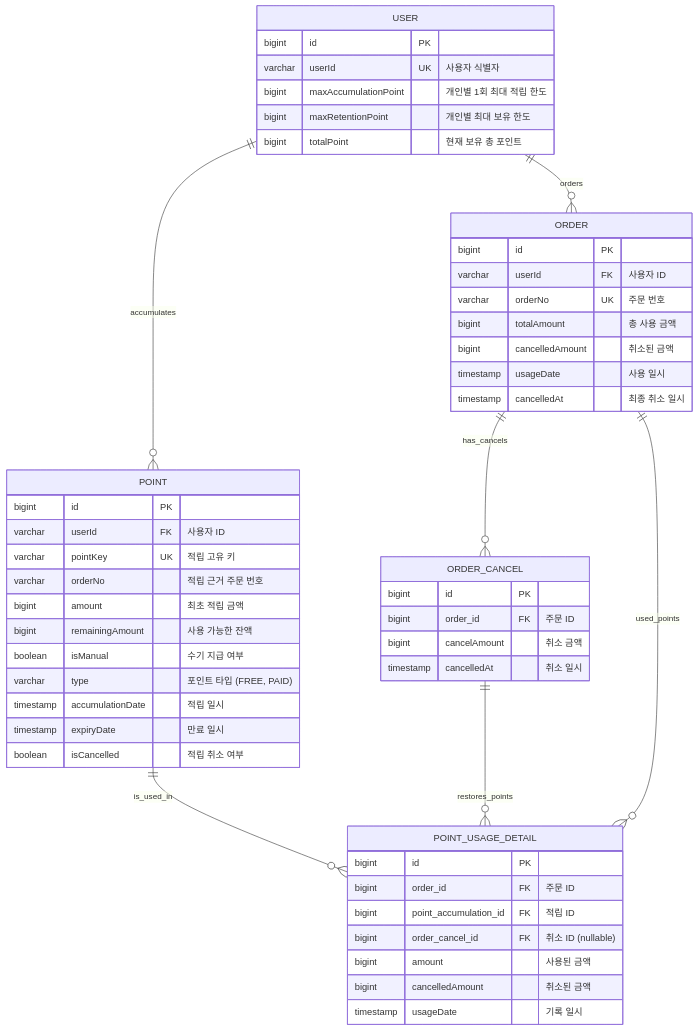
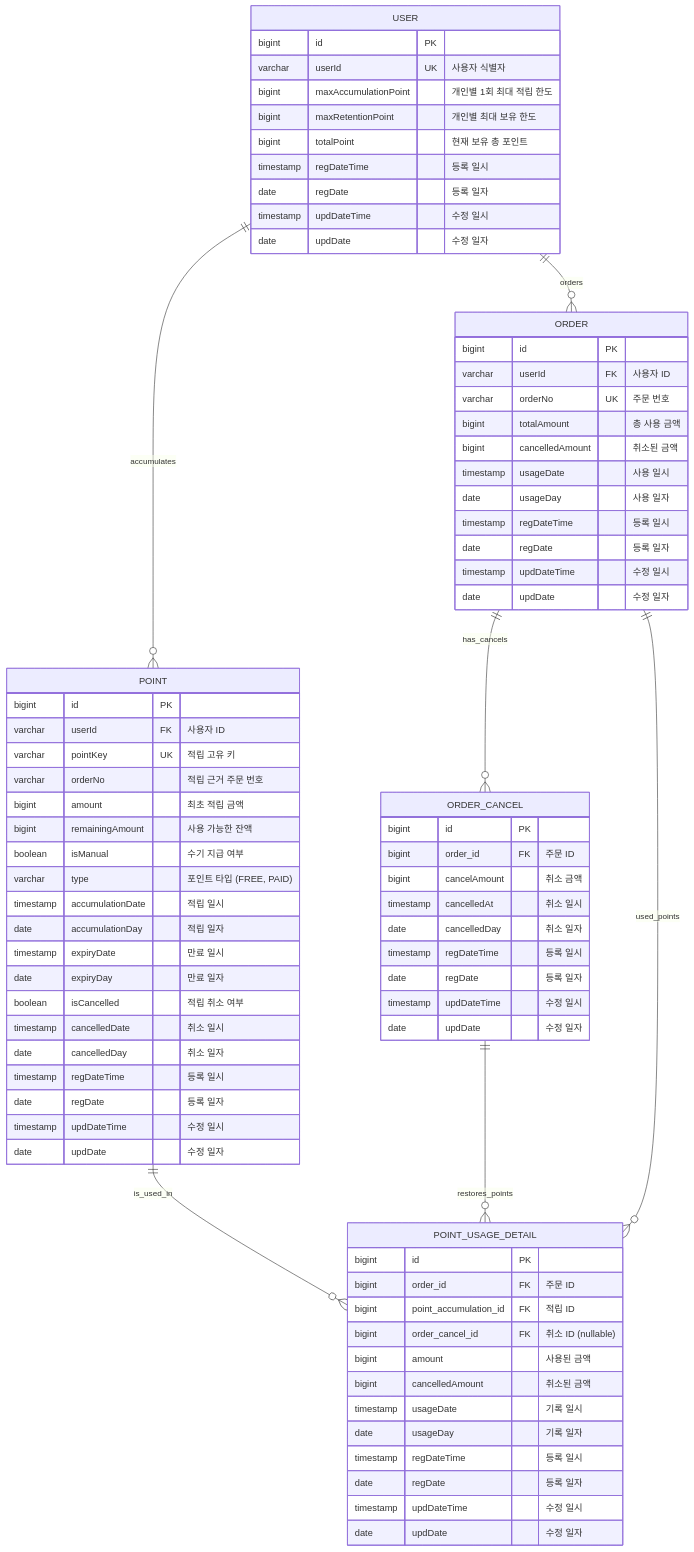
One commit to muzzaiwork/point changed the diagram in docs/데이터베이스 설계.md. Above: the diagram before and after it, drawn with Mermaid. The commit also changed other lines of this file and 11 other files, not shown here.

````diff
--- a/docs/데이터베이스 설계.md
+++ b/docs/데이터베이스 설계.md
@@ -17,6 +17,10 @@
         bigint maxAccumulationPoint "개인별 1회 최대 적립 한도"
         bigint maxRetentionPoint "개인별 최대 보유 한도"
         bigint totalPoint "현재 보유 총 포인트"
+        timestamp regDateTime "등록 일시"
+        date regDate "등록 일자"
+        timestamp updDateTime "수정 일시"
+        date updDate "수정 일자"
     }
 
     POINT {
@@ -29,8 +33,16 @@
         boolean isManual "수기 지급 여부"
         varchar type "포인트 타입 (FREE, PAID)"
         timestamp accumulationDate "적립 일시"
+        date accumulationDay "적립 일자"
         timestamp expiryDate "만료 일시"
+        date expiryDay "만료 일자"
         boolean isCancelled "적립 취소 여부"
+        timestamp cancelledDate "취소 일시"
+        date cancelledDay "취소 일자"
+        timestamp regDateTime "등록 일시"
+        date regDate "등록 일자"
+        timestamp updDateTime "수정 일시"
+        date updDate "수정 일자"
     }
 
     ORDER {
@@ -40,7 +52,11 @@
         bigint totalAmount "총 사용 금액"
         bigint cancelledAmount "취소된 금액"
         timestamp usageDate "사용 일시"
-        timestamp cancelledAt "최종 취소 일시"
+        date usageDay "사용 일자"
+        timestamp regDateTime "등록 일시"
+        date regDate "등록 일자"
+        timestamp updDateTime "수정 일시"
+        date updDate "수정 일자"
     }
 
     ORDER_CANCEL {
@@ -48,6 +64,11 @@
         bigint order_id FK "주문 ID"
         bigint cancelAmount "취소 금액"
         timestamp cancelledAt "취소 일시"
+        date cancelledDay "취소 일자"
+        timestamp regDateTime "등록 일시"
+        date regDate "등록 일자"
+        timestamp updDateTime "수정 일시"
+        date updDate "수정 일자"
     }
 
     POINT_USAGE_DETAIL {
@@ -58,5 +79,10 @@
         bigint amount "사용된 금액"
         bigint cancelledAmount "취소된 금액"
         timestamp usageDate "기록 일시"
+        date usageDay "기록 일자"
+        timestamp regDateTime "등록 일시"
+        date regDate "등록 일자"
+        timestamp updDateTime "수정 일시"
+        date updDate "수정 일자"
     }
 ```
````
